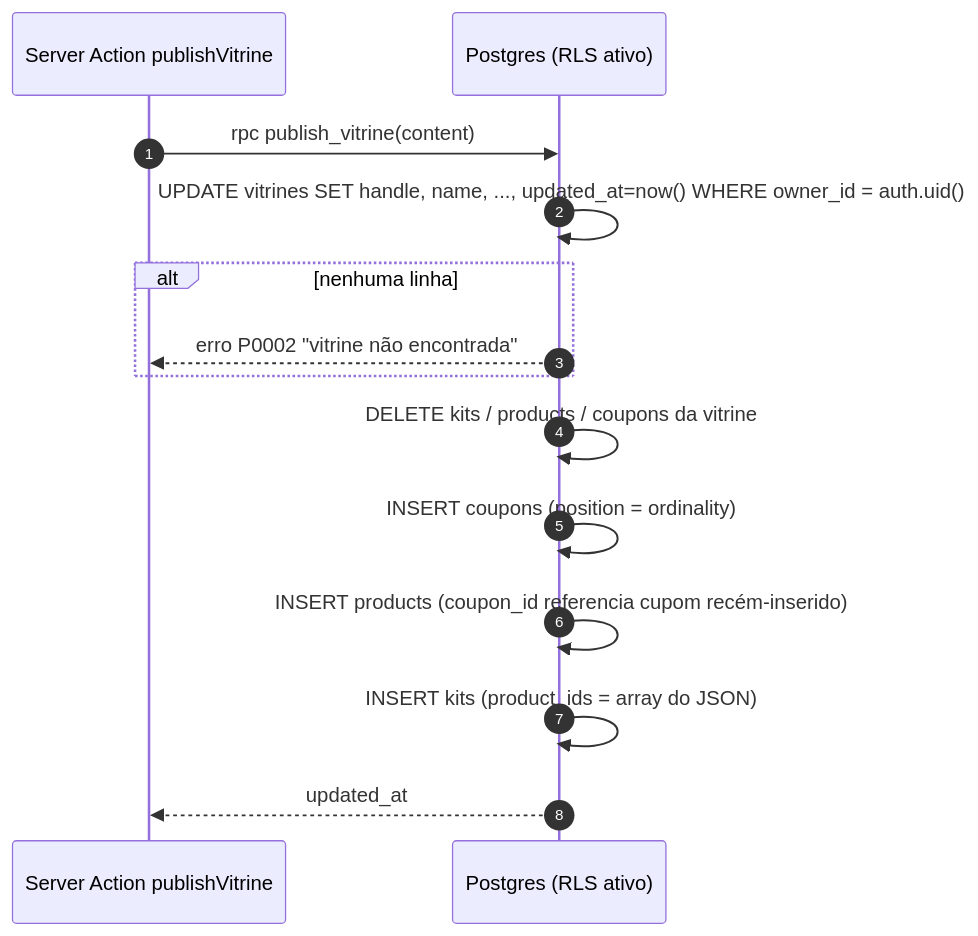
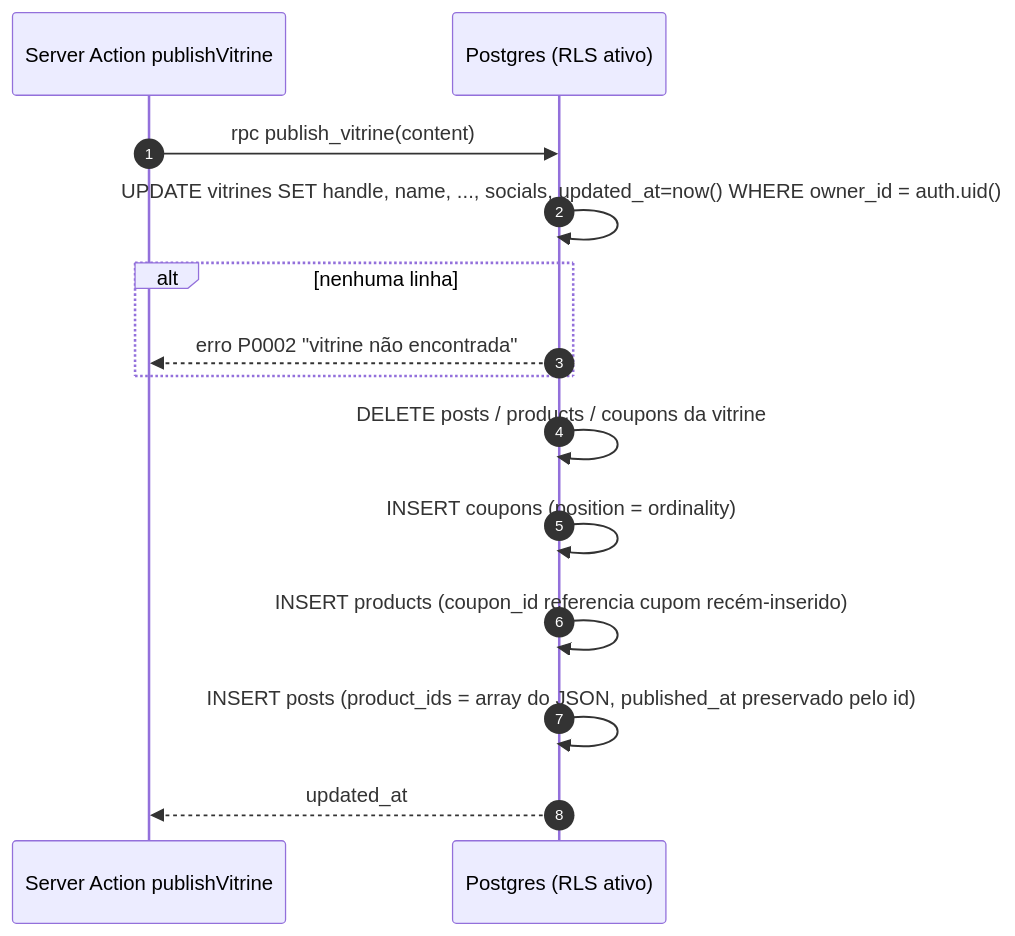
The second of 3 diagrams in docs/database.md (estevaons/myvitri), drawn with Mermaid before and after one commit. The commit also changed other lines of this file and 47 other files, not shown here.

````diff
--- a/docs/database.md
+++ b/docs/database.md
@@ -342,16 +378,16 @@
 ```mermaid
 sequenceDiagram
     autonumber
     participant SA as Server Action publishVitrine
     participant DB as Postgres (RLS ativo)
     SA->>DB: rpc publish_vitrine(content)
-    DB->>DB: UPDATE vitrines SET handle, name, ..., updated_at=now() WHERE owner_id = auth.uid()
+    DB->>DB: UPDATE vitrines SET handle, name, ..., socials, updated_at=now() WHERE owner_id = auth.uid()
     alt nenhuma linha
         DB-->>SA: erro P0002 "vitrine não encontrada"
     end
-    DB->>DB: DELETE kits / products / coupons da vitrine
+    DB->>DB: DELETE posts / products / coupons da vitrine
     DB->>DB: INSERT coupons (position = ordinality)
     DB->>DB: INSERT products (coupon_id referencia cupom recém-inserido)
-    DB->>DB: INSERT kits (product_ids = array do JSON)
+    DB->>DB: INSERT posts (product_ids = array do JSON, published_at preservado pelo id)
     DB-->>SA: updated_at
 ```
````
